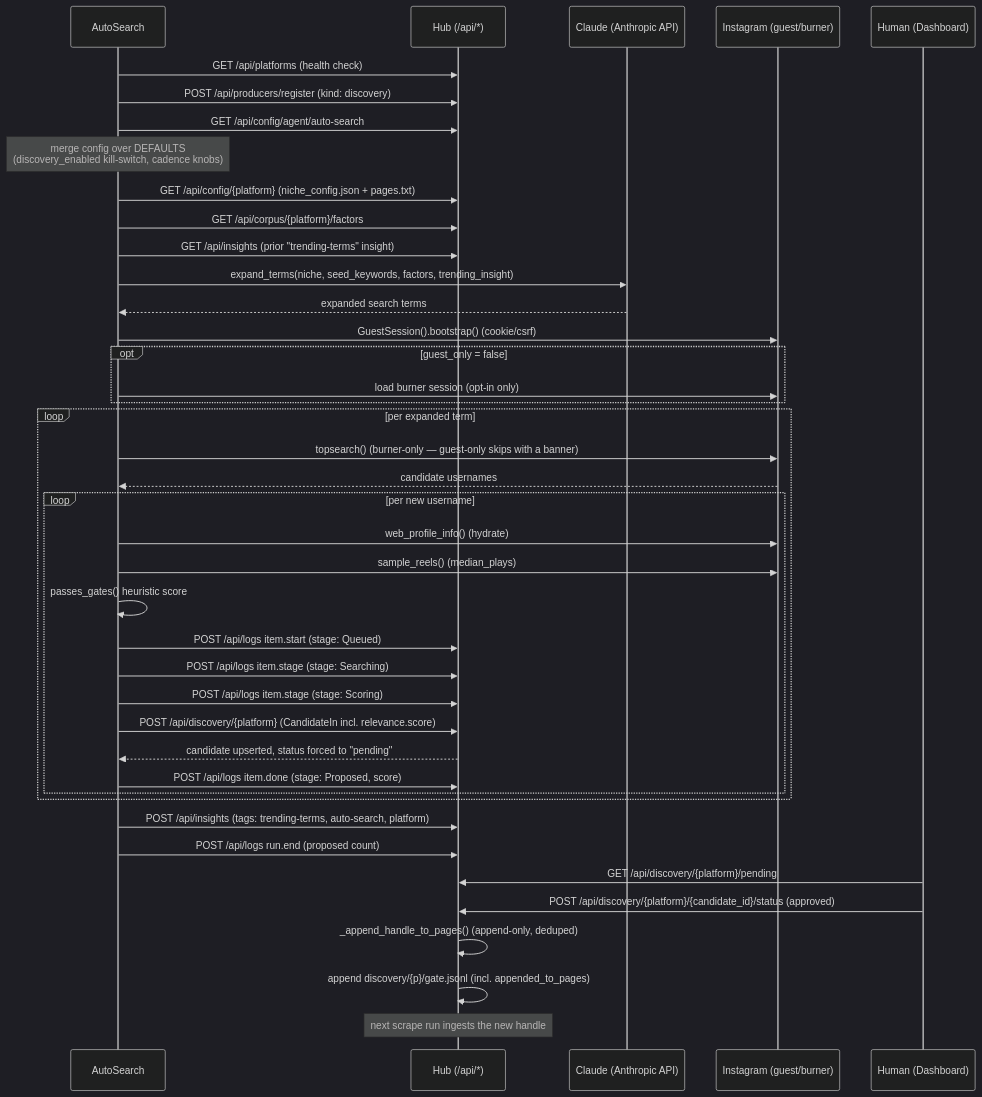
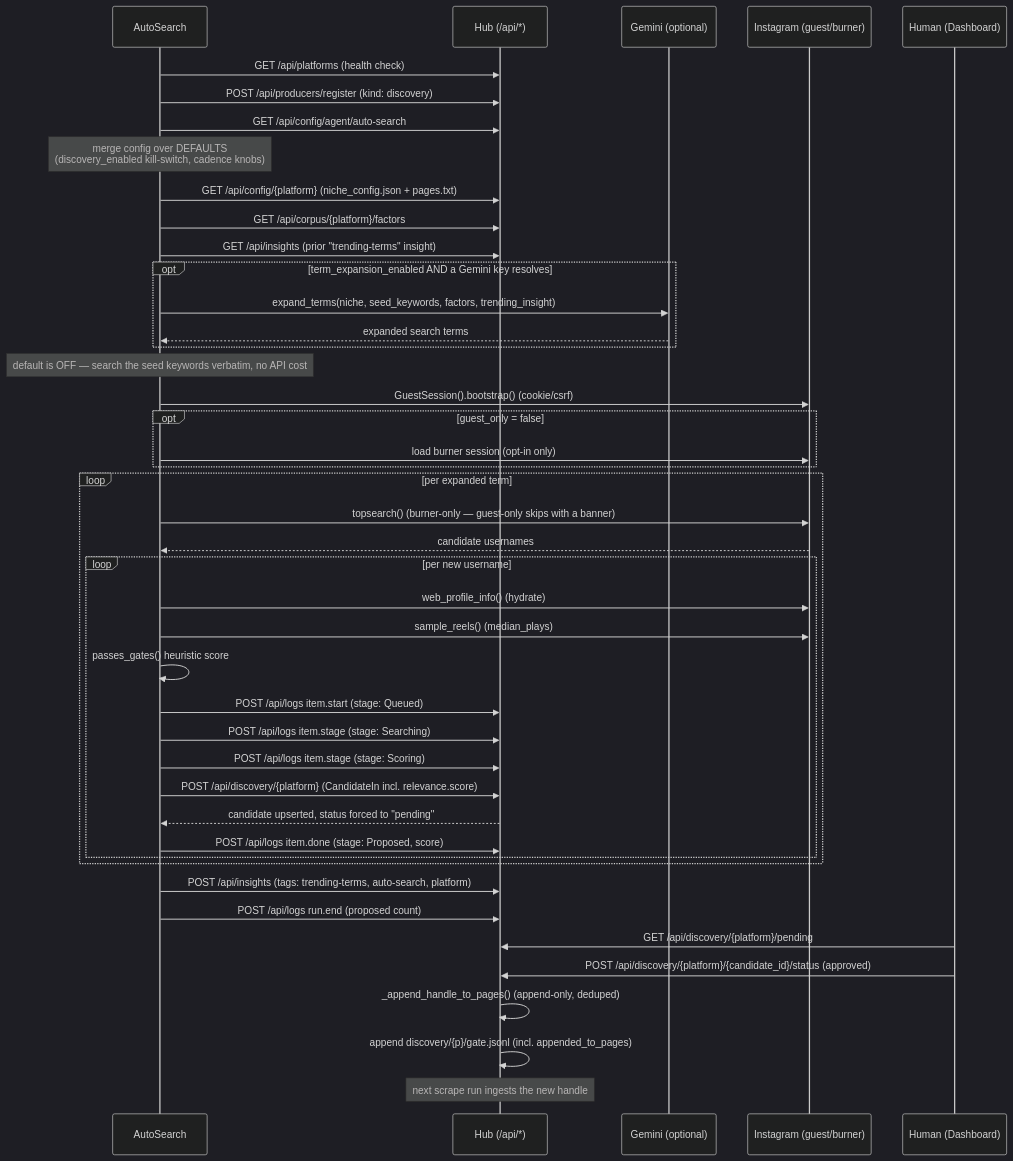
The first of 2 diagrams in documentation/docs/agents-autosearch.md (VincitoreSi/TheCuttingRoom), drawn with Mermaid (dark theme) before and after one commit. The commit also changed other lines of this file and 28 other files, not shown here.

````diff
--- a/documentation/docs/agents-autosearch.md
+++ b/documentation/docs/agents-autosearch.md
@@ -31,50 +31,53 @@
 ```mermaid
 sequenceDiagram
     participant AS as AutoSearch
     participant Hub as Hub (/api/*)
-    participant Claude as Claude (Anthropic API)
+    participant LLM as Gemini (optional)
     participant IG as Instagram (guest/burner)
     participant Human as Human (Dashboard)
 
     AS->>Hub: GET /api/platforms (health check)
     AS->>Hub: POST /api/producers/register (kind: discovery)
     AS->>Hub: GET /api/config/agent/auto-search
     Note over AS: merge config over DEFAULTS<br/>(discovery_enabled kill-switch, cadence knobs)
 
     AS->>Hub: GET /api/config/{platform} (niche_config.json + pages.txt)
     AS->>Hub: GET /api/corpus/{platform}/factors
     AS->>Hub: GET /api/insights (prior "trending-terms" insight)
 
-    AS->>Claude: expand_terms(niche, seed_keywords, factors, trending_insight)
-    Claude-->>AS: expanded search terms
+    opt term_expansion_enabled AND a Gemini key resolves
+        AS->>LLM: expand_terms(niche, seed_keywords, factors, trending_insight)
+        LLM-->>AS: expanded search terms
+    end
+    Note over AS: default is OFF — search the seed keywords verbatim, no API cost
 
     AS->>IG: GuestSession().bootstrap() (cookie/csrf)
     opt guest_only = false
         AS->>IG: load burner session (opt-in only)
     end
 
     loop per expanded term
         AS->>IG: topsearch() (burner-only — guest-only skips with a banner)
         IG-->>AS: candidate usernames
         loop per new username
             AS->>IG: web_profile_info() (hydrate)
             AS->>IG: sample_reels() (median_plays)
             AS->>AS: passes_gates() heuristic score
             AS->>Hub: POST /api/logs item.start (stage: Queued)
             AS->>Hub: POST /api/logs item.stage (stage: Searching)
             AS->>Hub: POST /api/logs item.stage (stage: Scoring)
             AS->>Hub: POST /api/discovery/{platform} (CandidateIn incl. relevance.score)
             Hub-->>AS: candidate upserted, status forced to "pending"
             AS->>Hub: POST /api/logs item.done (stage: Proposed, score)
         end
     end
 
     AS->>Hub: POST /api/insights (tags: trending-terms, auto-search, platform)
     AS->>Hub: POST /api/logs run.end (proposed count)
 
     Human->>Hub: GET /api/discovery/{platform}/pending
     Human->>Hub: POST /api/discovery/{platform}/{candidate_id}/status (approved)
     Hub->>Hub: _append_handle_to_pages() (append-only, deduped)
     Hub->>Hub: append discovery/{p}/gate.jsonl (incl. appended_to_pages)
     Note over Hub: next scrape run ingests the new handle
 ```
````
